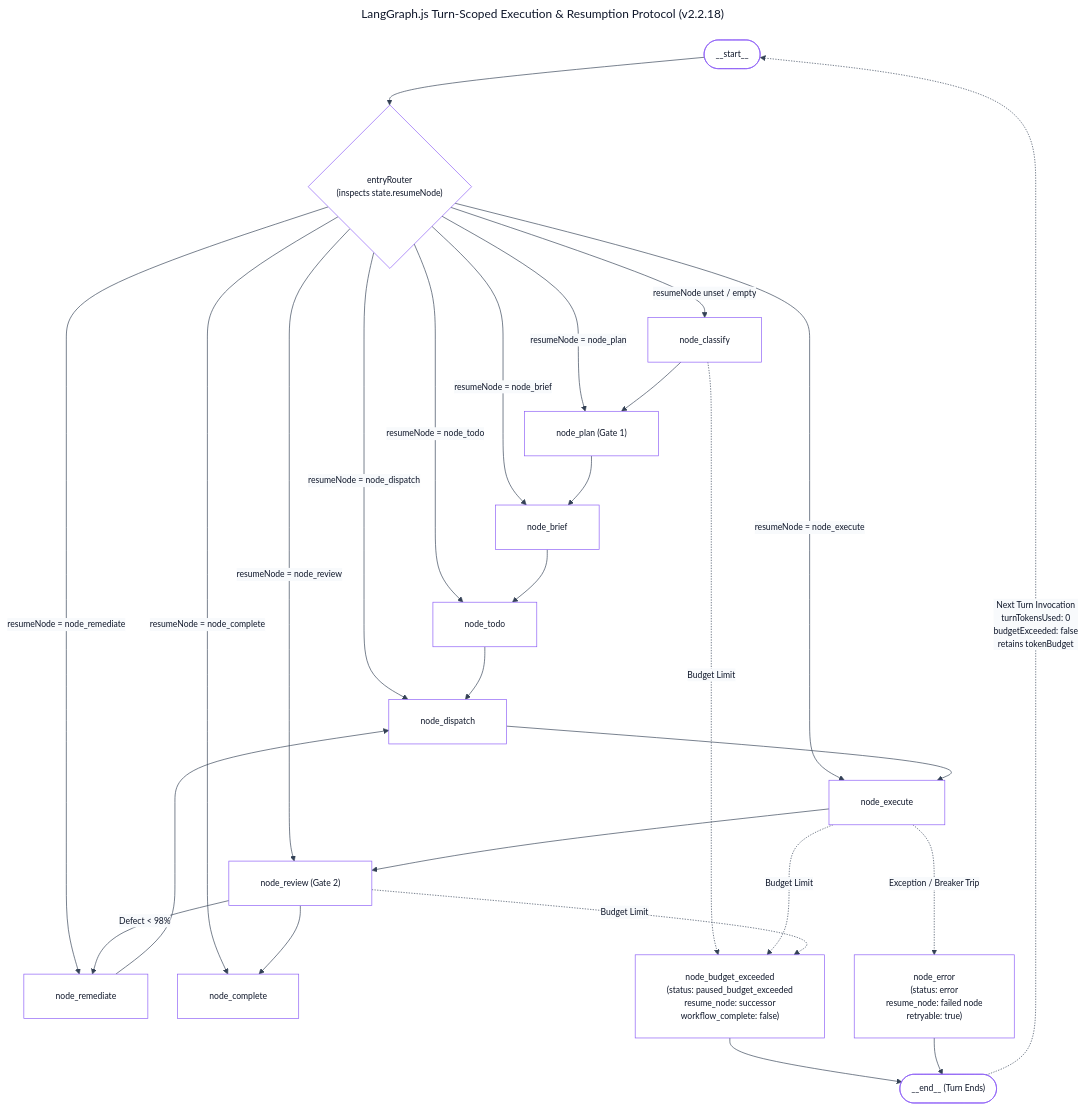
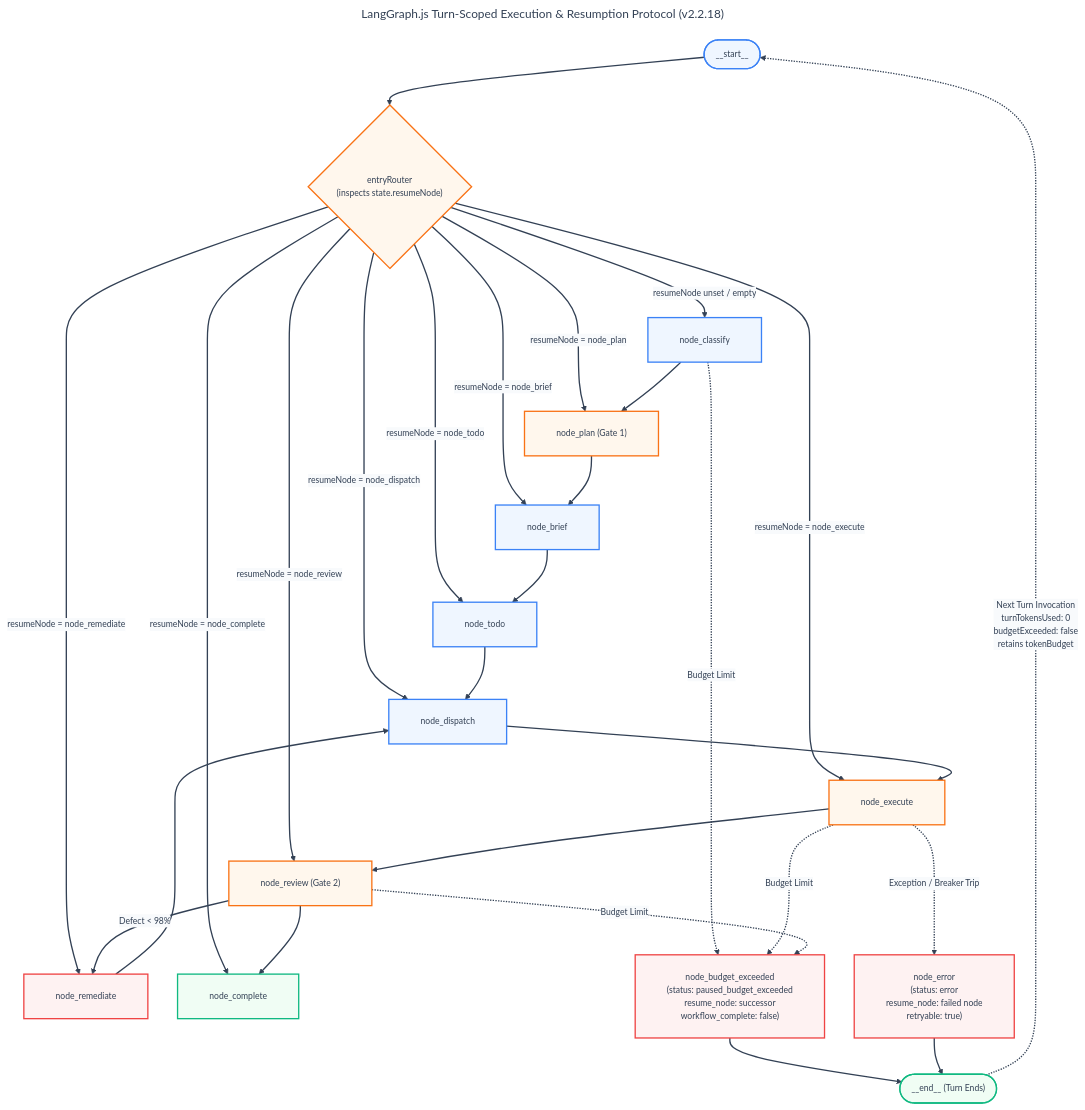
The fourth of 4 diagrams in docs/ARCHITECTURE.md (andycungkrinx91/konoha), drawn with Mermaid before and after one commit. The commit also changed other lines of this file and 136 other files, not shown here.

````diff
--- a/docs/ARCHITECTURE.md
+++ b/docs/ARCHITECTURE.md
@@ -848,56 +851,69 @@
 ```mermaid
 ---
 title: LangGraph.js Turn-Scoped Execution & Resumption Protocol (v2.2.18)
 config:
   theme: base
   themeVariables:
     darkMode: false
     background: '#ffffff'
-    mainBkg: '#ffffff'
-    primaryColor: '#ffffff'
-    primaryTextColor: '#0f172a'
-    primaryBorderColor: '#8b5cf6'
+    mainBkg: '#eff6ff'
+    primaryColor: '#eff6ff'
+    primaryTextColor: '#334155'
+    primaryBorderColor: '#3b82f6'
     lineColor: '#334155'
     arrowheadColor: '#334155'
     secondaryColor: '#f8fafc'
-    fontFamily: 'Inter, system-ui, sans-serif'
+    tertiaryColor: '#f0fdf4'
+    fontFamily: 'Inter, system-ui, -apple-system, sans-serif'
     fontSize: '13px'
   flowchart:
     nodeSpacing: 45
     rankSpacing: 55
     padding: 24
     wrappingWidth: 380
 ---
 flowchart TD
     START(["__start__"]) --> EntryRouter{"entryRouter<br/>(inspects state.resumeNode)"}
     EntryRouter -->|resumeNode unset / empty| NodeClassify["node_classify"]
     EntryRouter -->|resumeNode = node_plan| NodePlan["node_plan (Gate 1)"]
     EntryRouter -->|resumeNode = node_brief| NodeBrief["node_brief"]
     EntryRouter -->|resumeNode = node_todo| NodeTodo["node_todo"]
     EntryRouter -->|resumeNode = node_dispatch| NodeDispatch["node_dispatch"]
     EntryRouter -->|resumeNode = node_execute| NodeExecute["node_execute"]
     EntryRouter -->|resumeNode = node_review| NodeReview["node_review (Gate 2)"]
     EntryRouter -->|resumeNode = node_remediate| NodeRemediate["node_remediate"]
     EntryRouter -->|resumeNode = node_complete| NodeComplete["node_complete"]
 
     NodeClassify --> NodePlan
     NodePlan --> NodeBrief
     NodeBrief --> NodeTodo
     NodeTodo --> NodeDispatch
     NodeDispatch --> NodeExecute
     NodeExecute --> NodeReview
     NodeReview --> NodeComplete
     NodeReview -->|Defect < 98%| NodeRemediate
     NodeRemediate --> NodeDispatch
 
     NodeClassify -.->|Budget Limit| BudgetHalt["node_budget_exceeded<br/>(status: paused_budget_exceeded<br/>resume_node: successor<br/>workflow_complete: false)"]
     NodeExecute -.->|Budget Limit| BudgetHalt
     NodeReview -.->|Budget Limit| BudgetHalt
 
     NodeExecute -.->|Exception / Breaker Trip| ErrorHalt["node_error<br/>(status: error<br/>resume_node: failed node<br/>retryable: true)"]
 
     BudgetHalt --> End(["__end__ (Turn Ends)"])
     ErrorHalt --> End
 
     End -.->|Next Turn Invocation<br/>turnTokensUsed: 0<br/>budgetExceeded: false<br/>retains tokenBudget| START
+
+    linkStyle default stroke:#334155,stroke-width:2px;
+
+    classDef blueShape fill:#eff6ff,stroke:#3b82f6,color:#334155,stroke-width:2px;
+    classDef orangeShape fill:#fff7ed,stroke:#f97316,color:#334155,stroke-width:2px;
+    classDef greenShape fill:#f0fdf4,stroke:#10b981,color:#334155,stroke-width:2px;
+    classDef redShape fill:#fef2f2,stroke:#ef4444,color:#334155,stroke-width:2px;
+
+    class START,NodeClassify,NodeBrief,NodeTodo,NodeDispatch blueShape;
+    class EntryRouter,NodePlan,NodeExecute,NodeReview orangeShape;
+    class NodeComplete,End greenShape;
+    class NodeRemediate,BudgetHalt,ErrorHalt redShape;
 ```
````
